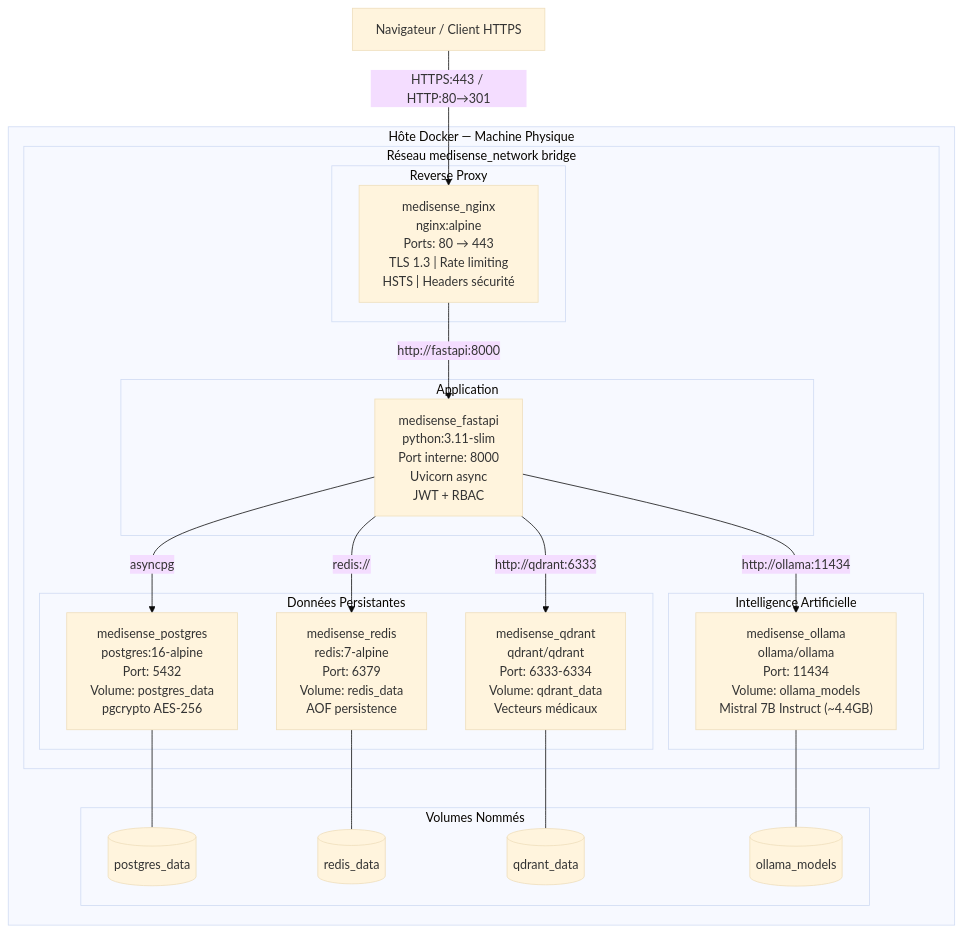
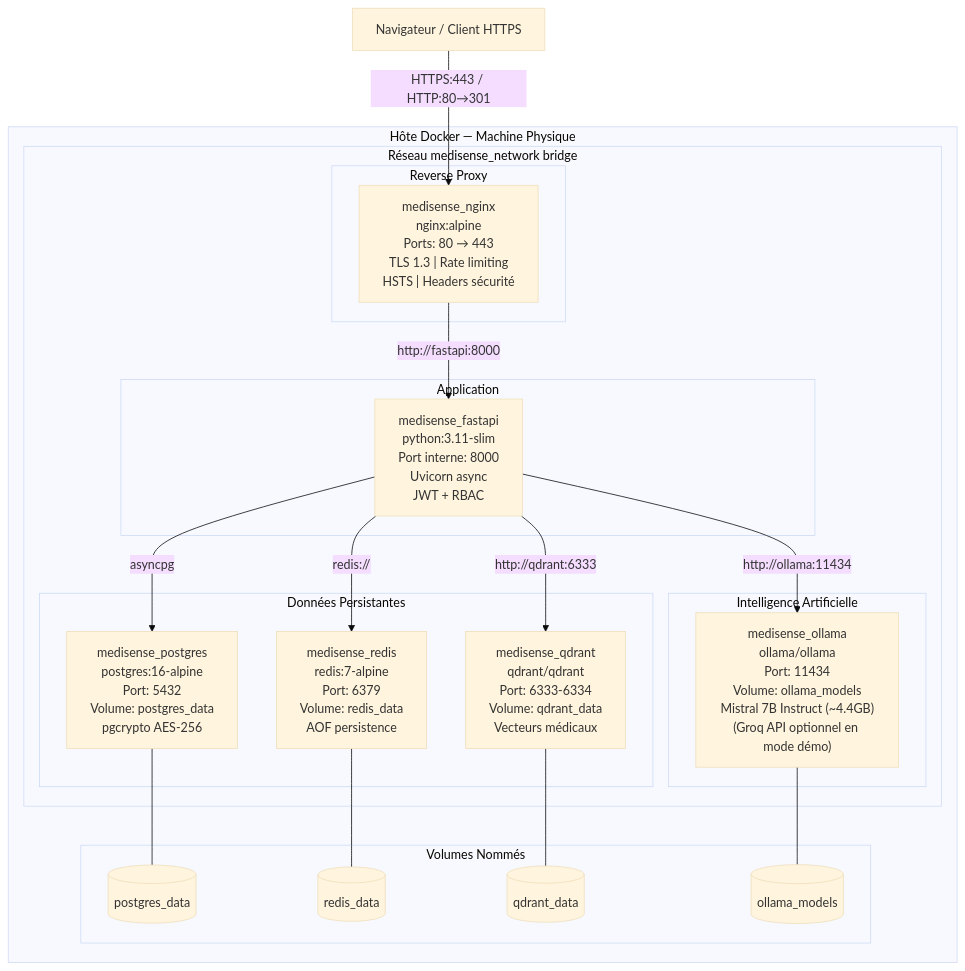
Before and after one commit to Boussyf0/MediSense-AI: the second of 32 diagrams in docs/DIAGRAMMES.md, drawn with Mermaid (base theme). The commit also changed other lines of this file and 9 other files, not shown here.

````diff
--- a/docs/DIAGRAMMES.md
+++ b/docs/DIAGRAMMES.md
@@ -129,46 +129,46 @@
 ```mermaid
 flowchart TB
     INTERNET["Navigateur / Client HTTPS"]
 
     subgraph HOST["Hôte Docker — Machine Physique"]
         subgraph NET["Réseau medisense_network bridge"]
 
             subgraph PROXY["Reverse Proxy"]
                 NGINX["medisense_nginx<br/>nginx:alpine<br/>Ports: 80 → 443<br/>TLS 1.3 | Rate limiting<br/>HSTS | Headers sécurité"]
             end
 
             subgraph APP["Application"]
                 FASTAPI["medisense_fastapi<br/>python:3.11-slim<br/>Port interne: 8000<br/>Uvicorn async<br/>JWT + RBAC"]
             end
 
             subgraph DATA["Données Persistantes"]
                 PG["medisense_postgres<br/>postgres:16-alpine<br/>Port: 5432<br/>Volume: postgres_data<br/>pgcrypto AES-256"]
                 REDIS_C["medisense_redis<br/>redis:7-alpine<br/>Port: 6379<br/>Volume: redis_data<br/>AOF persistence"]
                 QDRANT_C["medisense_qdrant<br/>qdrant/qdrant<br/>Port: 6333-6334<br/>Volume: qdrant_data<br/>Vecteurs médicaux"]
             end
 
             subgraph AI["Intelligence Artificielle"]
-                OLLAMA_C["medisense_ollama<br/>ollama/ollama<br/>Port: 11434<br/>Volume: ollama_models<br/>Mistral 7B Instruct (~4.4GB)"]
+                OLLAMA_C["medisense_ollama<br/>ollama/ollama<br/>Port: 11434<br/>Volume: ollama_models<br/>Mistral 7B Instruct (~4.4GB)<br/>(Groq API optionnel en mode démo)"]
             end
         end
 
         subgraph VOLS["Volumes Nommés"]
             V1[("postgres_data")]
             V2[("redis_data")]
             V3[("qdrant_data")]
             V4[("ollama_models")]
         end
     end
 
     INTERNET -->|"HTTPS:443 / HTTP:80→301"| NGINX
     NGINX -->|"http://fastapi:8000"| FASTAPI
     FASTAPI -->|"asyncpg"| PG
     FASTAPI -->|"redis://"| REDIS_C
     FASTAPI -->|"http://qdrant:6333"| QDRANT_C
     FASTAPI -->|"http://ollama:11434"| OLLAMA_C
 
     PG --- V1
     REDIS_C --- V2
     QDRANT_C --- V3
     OLLAMA_C --- V4
 ```
````
